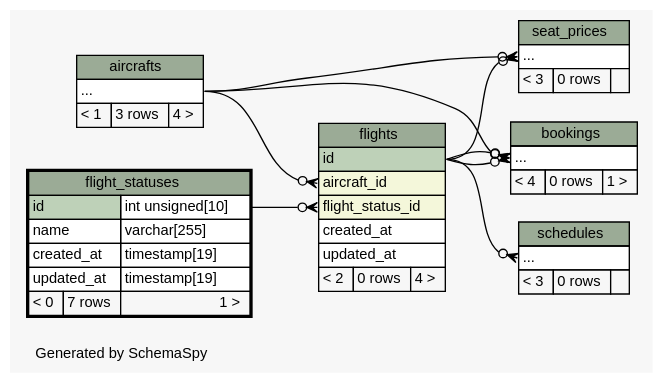
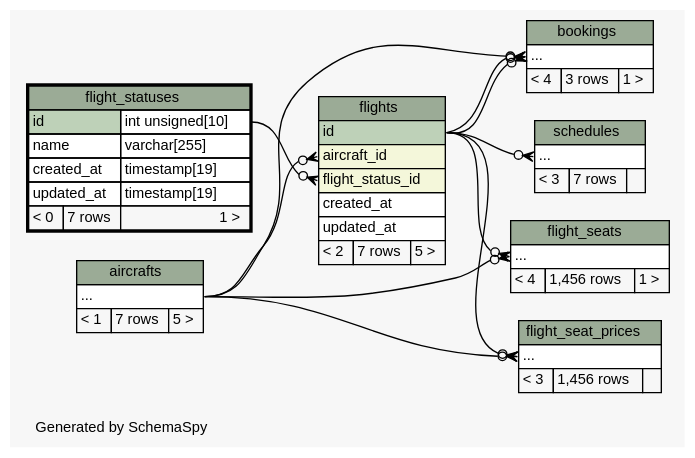
Before and after one commit to joaonzangoII/flightbookingsystem: the diagram in web/app/database/schema/diagrams/flight_statuses.2degrees.dot, drawn with Graphviz. The commit also changed 129 other files, not shown here.

```diff
--- a/web/app/database/schema/diagrams/flight_statuses.2degrees.dot
+++ b/web/app/database/schema/diagrams/flight_statuses.2degrees.dot
@@ -1,97 +1,109 @@
-// dot 2.38.0 on Linux 4.8.0-46-generic
+// dot 2.38.0 on Linux 4.8.0-49-generic
 // SchemaSpy rev 590
 digraph "twoDegreesRelationshipsDiagram" {
   graph [
     rankdir="RL"
     bgcolor="#f7f7f7"
     label="\nGenerated by SchemaSpy"
     labeljust="l"
     nodesep="0.18"
     ranksep="0.46"
     fontname="Helvetica"
     fontsize="11"
   ];
   node [
     fontname="Helvetica"
     fontsize="11"
     shape="plaintext"
   ];
   edge [
     arrowsize="0.8"
   ];
   "bookings":"elipses":w -> "aircrafts":"elipses":e [arrowhead=none dir=back arrowtail=crowodot];
   "bookings":"elipses":w -> "flights":"id":e [arrowhead=none dir=back arrowtail=crowodot];
   "bookings":"elipses":w -> "flights":"id":e [arrowhead=none dir=back arrowtail=crowodot];
+  "flight_seat_prices":"elipses":w -> "aircrafts":"elipses":e [arrowhead=none dir=back arrowtail=crowodot];
+  "flight_seat_prices":"elipses":w -> "flights":"id":e [arrowhead=none dir=back arrowtail=crowodot];
+  "flight_seats":"elipses":w -> "aircrafts":"elipses":e [arrowhead=none dir=back arrowtail=crowodot];
+  "flight_seats":"elipses":w -> "flights":"id":e [arrowhead=none dir=back arrowtail=crowodot];
   "flights":"aircraft_id":w -> "aircrafts":"elipses":e [arrowhead=none dir=back arrowtail=crowodot];
   "flights":"flight_status_id":w -> "flight_statuses":"id.type":e [arrowhead=none dir=back arrowtail=crowodot];
   "schedules":"elipses":w -> "flights":"id":e [arrowhead=none dir=back arrowtail=crowodot];
-  "seat_prices":"elipses":w -> "aircrafts":"elipses":e [arrowhead=none dir=back arrowtail=crowodot];
-  "seat_prices":"elipses":w -> "flights":"id":e [arrowhead=none dir=back arrowtail=crowodot];
   "aircrafts" [
     label=<
     <TABLE BORDER="0" CELLBORDER="1" CELLSPACING="0" BGCOLOR="#ffffff">
       <TR><TD COLSPAN="3" BGCOLOR="#9bab96" ALIGN="CENTER">aircrafts</TD></TR>
       <TR><TD PORT="elipses" COLSPAN="3" ALIGN="LEFT">...</TD></TR>
-      <TR><TD ALIGN="LEFT" BGCOLOR="#f7f7f7">&lt; 1</TD><TD ALIGN="RIGHT" BGCOLOR="#f7f7f7">3 rows</TD><TD ALIGN="RIGHT" BGCOLOR="#f7f7f7">4 &gt;</TD></TR>
+      <TR><TD ALIGN="LEFT" BGCOLOR="#f7f7f7">&lt; 1</TD><TD ALIGN="RIGHT" BGCOLOR="#f7f7f7">7 rows</TD><TD ALIGN="RIGHT" BGCOLOR="#f7f7f7">5 &gt;</TD></TR>
     </TABLE>>
     URL="aircrafts.html"
     tooltip="aircrafts"
   ];
   "bookings" [
     label=<
     <TABLE BORDER="0" CELLBORDER="1" CELLSPACING="0" BGCOLOR="#ffffff">
       <TR><TD COLSPAN="3" BGCOLOR="#9bab96" ALIGN="CENTER">bookings</TD></TR>
       <TR><TD PORT="elipses" COLSPAN="3" ALIGN="LEFT">...</TD></TR>
-      <TR><TD ALIGN="LEFT" BGCOLOR="#f7f7f7">&lt; 4</TD><TD ALIGN="RIGHT" BGCOLOR="#f7f7f7">0 rows</TD><TD ALIGN="RIGHT" BGCOLOR="#f7f7f7">1 &gt;</TD></TR>
+      <TR><TD ALIGN="LEFT" BGCOLOR="#f7f7f7">&lt; 4</TD><TD ALIGN="RIGHT" BGCOLOR="#f7f7f7">3 rows</TD><TD ALIGN="RIGHT" BGCOLOR="#f7f7f7">1 &gt;</TD></TR>
     </TABLE>>
     URL="bookings.html"
     tooltip="bookings"
+  ];
+  "flight_seat_prices" [
+    label=<
+    <TABLE BORDER="0" CELLBORDER="1" CELLSPACING="0" BGCOLOR="#ffffff">
+      <TR><TD COLSPAN="3" BGCOLOR="#9bab96" ALIGN="CENTER">flight_seat_prices</TD></TR>
+      <TR><TD PORT="elipses" COLSPAN="3" ALIGN="LEFT">...</TD></TR>
+      <TR><TD ALIGN="LEFT" BGCOLOR="#f7f7f7">&lt; 3</TD><TD ALIGN="RIGHT" BGCOLOR="#f7f7f7">1,456 rows</TD><TD ALIGN="RIGHT" BGCOLOR="#f7f7f7">  </TD></TR>
+    </TABLE>>
+    URL="flight_seat_prices.html"
+    tooltip="flight_seat_prices"
+  ];
+  "flight_seats" [
+    label=<
+    <TABLE BORDER="0" CELLBORDER="1" CELLSPACING="0" BGCOLOR="#ffffff">
+      <TR><TD COLSPAN="3" BGCOLOR="#9bab96" ALIGN="CENTER">flight_seats</TD></TR>
+      <TR><TD PORT="elipses" COLSPAN="3" ALIGN="LEFT">...</TD></TR>
+      <TR><TD ALIGN="LEFT" BGCOLOR="#f7f7f7">&lt; 4</TD><TD ALIGN="RIGHT" BGCOLOR="#f7f7f7">1,456 rows</TD><TD ALIGN="RIGHT" BGCOLOR="#f7f7f7">1 &gt;</TD></TR>
+    </TABLE>>
+    URL="flight_seats.html"
+    tooltip="flight_seats"
   ];
   "flight_statuses" [
     label=<
     <TABLE BORDER="2" CELLBORDER="1" CELLSPACING="0" BGCOLOR="#ffffff">
       <TR><TD COLSPAN="3" BGCOLOR="#9bab96" ALIGN="CENTER">flight_statuses</TD></TR>
       <TR><TD PORT="id" COLSPAN="2" BGCOLOR="#bed1b8" ALIGN="LEFT">id</TD><TD PORT="id.type" ALIGN="LEFT">int unsigned[10]</TD></TR>
       <TR><TD PORT="name" COLSPAN="2" ALIGN="LEFT">name</TD><TD PORT="name.type" ALIGN="LEFT">varchar[255]</TD></TR>
       <TR><TD PORT="created_at" COLSPAN="2" ALIGN="LEFT">created_at</TD><TD PORT="created_at.type" ALIGN="LEFT">timestamp[19]</TD></TR>
       <TR><TD PORT="updated_at" COLSPAN="2" ALIGN="LEFT">updated_at</TD><TD PORT="updated_at.type" ALIGN="LEFT">timestamp[19]</TD></TR>
       <TR><TD ALIGN="LEFT" BGCOLOR="#f7f7f7">&lt; 0</TD><TD ALIGN="RIGHT" BGCOLOR="#f7f7f7">7 rows</TD><TD ALIGN="RIGHT" BGCOLOR="#f7f7f7">1 &gt;</TD></TR>
     </TABLE>>
     URL="flight_statuses.html"
     tooltip="flight_statuses"
   ];
   "flights" [
     label=<
     <TABLE BORDER="0" CELLBORDER="1" CELLSPACING="0" BGCOLOR="#ffffff">
       <TR><TD COLSPAN="3" BGCOLOR="#9bab96" ALIGN="CENTER">flights</TD></TR>
       <TR><TD PORT="id" COLSPAN="3" BGCOLOR="#bed1b8" ALIGN="LEFT">id</TD></TR>
       <TR><TD PORT="aircraft_id" COLSPAN="3" BGCOLOR="#f4f7da" ALIGN="LEFT">aircraft_id</TD></TR>
       <TR><TD PORT="flight_status_id" COLSPAN="3" BGCOLOR="#f4f7da" ALIGN="LEFT">flight_status_id</TD></TR>
       <TR><TD PORT="created_at" COLSPAN="3" ALIGN="LEFT">created_at</TD></TR>
       <TR><TD PORT="updated_at" COLSPAN="3" ALIGN="LEFT">updated_at</TD></TR>
-      <TR><TD ALIGN="LEFT" BGCOLOR="#f7f7f7">&lt; 2</TD><TD ALIGN="RIGHT" BGCOLOR="#f7f7f7">0 rows</TD><TD ALIGN="RIGHT" BGCOLOR="#f7f7f7">4 &gt;</TD></TR>
+      <TR><TD ALIGN="LEFT" BGCOLOR="#f7f7f7">&lt; 2</TD><TD ALIGN="RIGHT" BGCOLOR="#f7f7f7">7 rows</TD><TD ALIGN="RIGHT" BGCOLOR="#f7f7f7">5 &gt;</TD></TR>
     </TABLE>>
     URL="flights.html"
     tooltip="flights"
   ];
   "schedules" [
     label=<
     <TABLE BORDER="0" CELLBORDER="1" CELLSPACING="0" BGCOLOR="#ffffff">
       <TR><TD COLSPAN="3" BGCOLOR="#9bab96" ALIGN="CENTER">schedules</TD></TR>
       <TR><TD PORT="elipses" COLSPAN="3" ALIGN="LEFT">...</TD></TR>
-      <TR><TD ALIGN="LEFT" BGCOLOR="#f7f7f7">&lt; 3</TD><TD ALIGN="RIGHT" BGCOLOR="#f7f7f7">0 rows</TD><TD ALIGN="RIGHT" BGCOLOR="#f7f7f7">  </TD></TR>
+      <TR><TD ALIGN="LEFT" BGCOLOR="#f7f7f7">&lt; 3</TD><TD ALIGN="RIGHT" BGCOLOR="#f7f7f7">7 rows</TD><TD ALIGN="RIGHT" BGCOLOR="#f7f7f7">  </TD></TR>
     </TABLE>>
     URL="schedules.html"
     tooltip="schedules"
   ];
-  "seat_prices" [
-    label=<
-    <TABLE BORDER="0" CELLBORDER="1" CELLSPACING="0" BGCOLOR="#ffffff">
-      <TR><TD COLSPAN="3" BGCOLOR="#9bab96" ALIGN="CENTER">seat_prices</TD></TR>
-      <TR><TD PORT="elipses" COLSPAN="3" ALIGN="LEFT">...</TD></TR>
-      <TR><TD ALIGN="LEFT" BGCOLOR="#f7f7f7">&lt; 3</TD><TD ALIGN="RIGHT" BGCOLOR="#f7f7f7">0 rows</TD><TD ALIGN="RIGHT" BGCOLOR="#f7f7f7">  </TD></TR>
-    </TABLE>>
-    URL="seat_prices.html"
-    tooltip="seat_prices"
-  ];
 }
```
